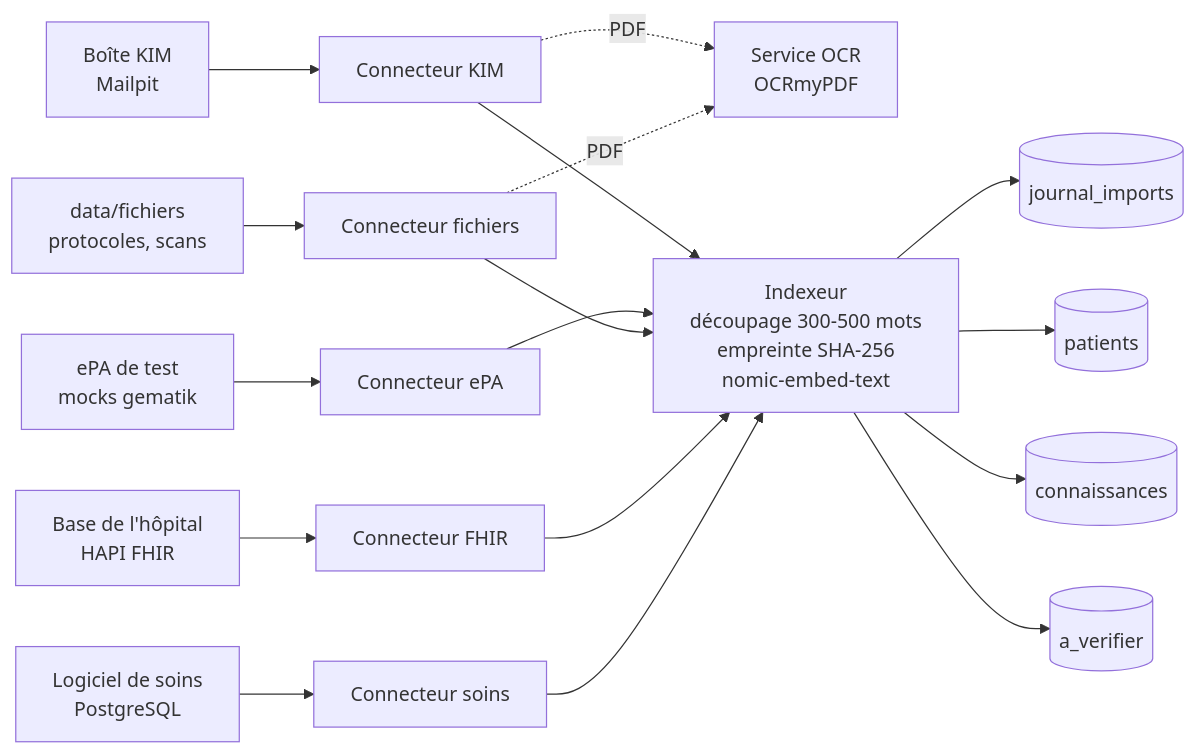
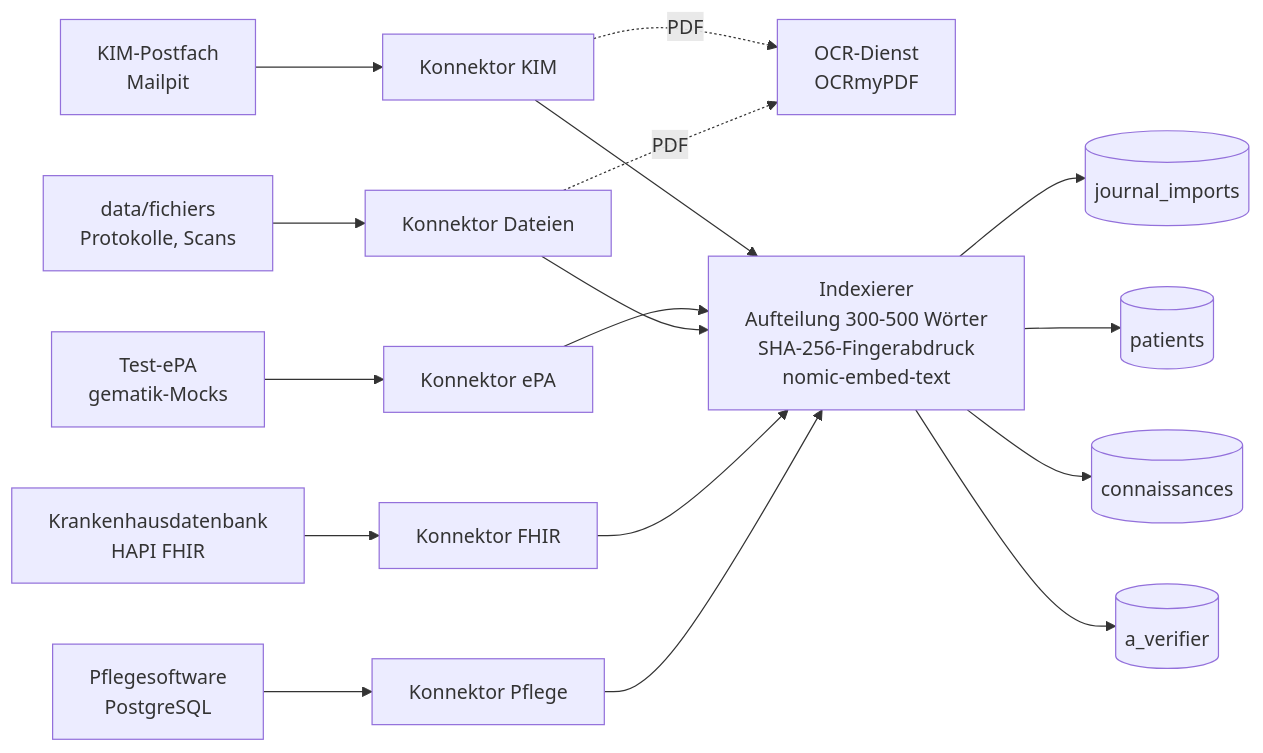
Before and after one commit to Arseine1/AI-care-assisatnt-deutsch: the diagram in docs/schema-rag.md, drawn with Mermaid. The commit also changed other lines of this file and 324 other files, not shown here.

````diff
--- a/docs/schema-rag.md
+++ b/docs/schema-rag.md
@@ -7,15 +7,15 @@
 ```mermaid
 flowchart LR
-  A[Logiciel de soins<br/>PostgreSQL] --> C1[Connecteur soins]
-  B[Base de l'hôpital<br/>HAPI FHIR] --> C2[Connecteur FHIR]
-  C[data/fichiers<br/>protocoles, scans] --> C3[Connecteur fichiers]
-  D[ePA de test<br/>mocks gematik] --> C4[Connecteur ePA]
-  E[Boîte KIM<br/>Mailpit] --> C5[Connecteur KIM]
-  C3 -. PDF .-> O[Service OCR<br/>OCRmyPDF]
+  A[Pflegesoftware<br/>PostgreSQL] --> C1[Konnektor Pflege]
+  B[Krankenhausdatenbank<br/>HAPI FHIR] --> C2[Konnektor FHIR]
+  C[data/fichiers<br/>Protokolle, Scans] --> C3[Konnektor Dateien]
+  D[Test-ePA<br/>gematik-Mocks] --> C4[Konnektor ePA]
+  E[KIM-Postfach<br/>Mailpit] --> C5[Konnektor KIM]
+  C3 -. PDF .-> O[OCR-Dienst<br/>OCRmyPDF]
   C5 -. PDF .-> O
-  C1 & C2 & C3 & C4 & C5 --> I[Indexeur<br/>découpage 300-500 mots<br/>empreinte SHA-256<br/>nomic-embed-text]
+  C1 & C2 & C3 & C4 & C5 --> I[Indexierer<br/>Aufteilung 300-500 Wörter<br/>SHA-256-Fingerabdruck<br/>nomic-embed-text]
   I --> J[(journal_imports)]
   I --> P[(patients)]
   I --> K[(connaissances)]
   I --> V[(a_verifier)]
 ```
````
